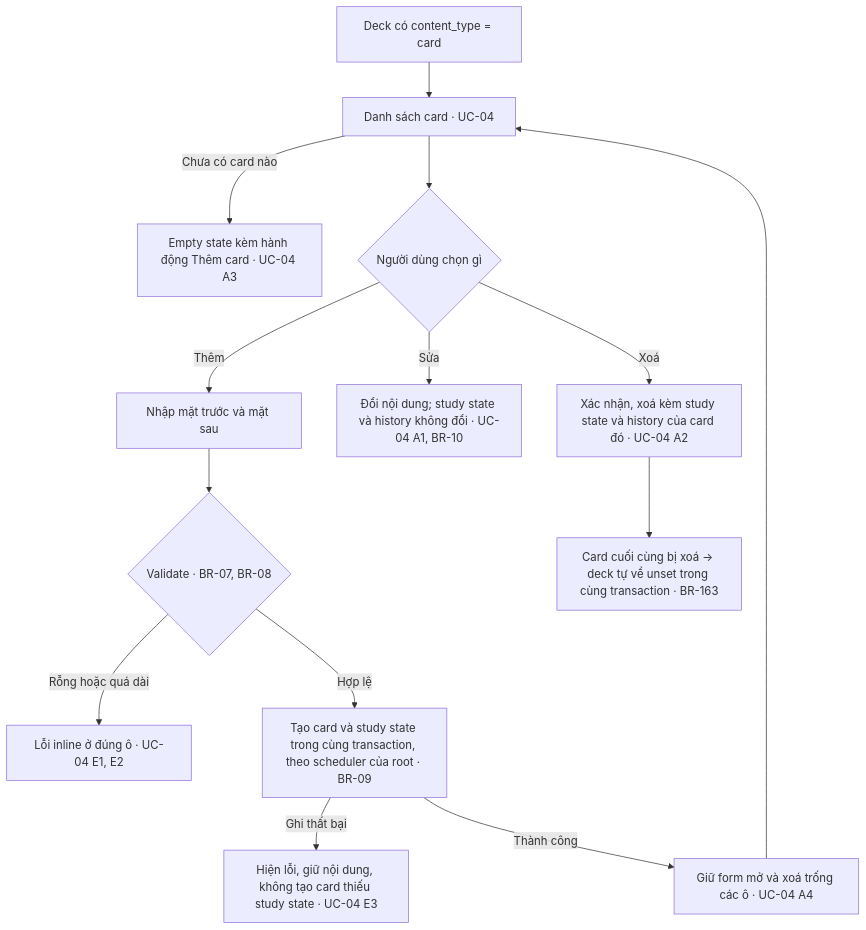
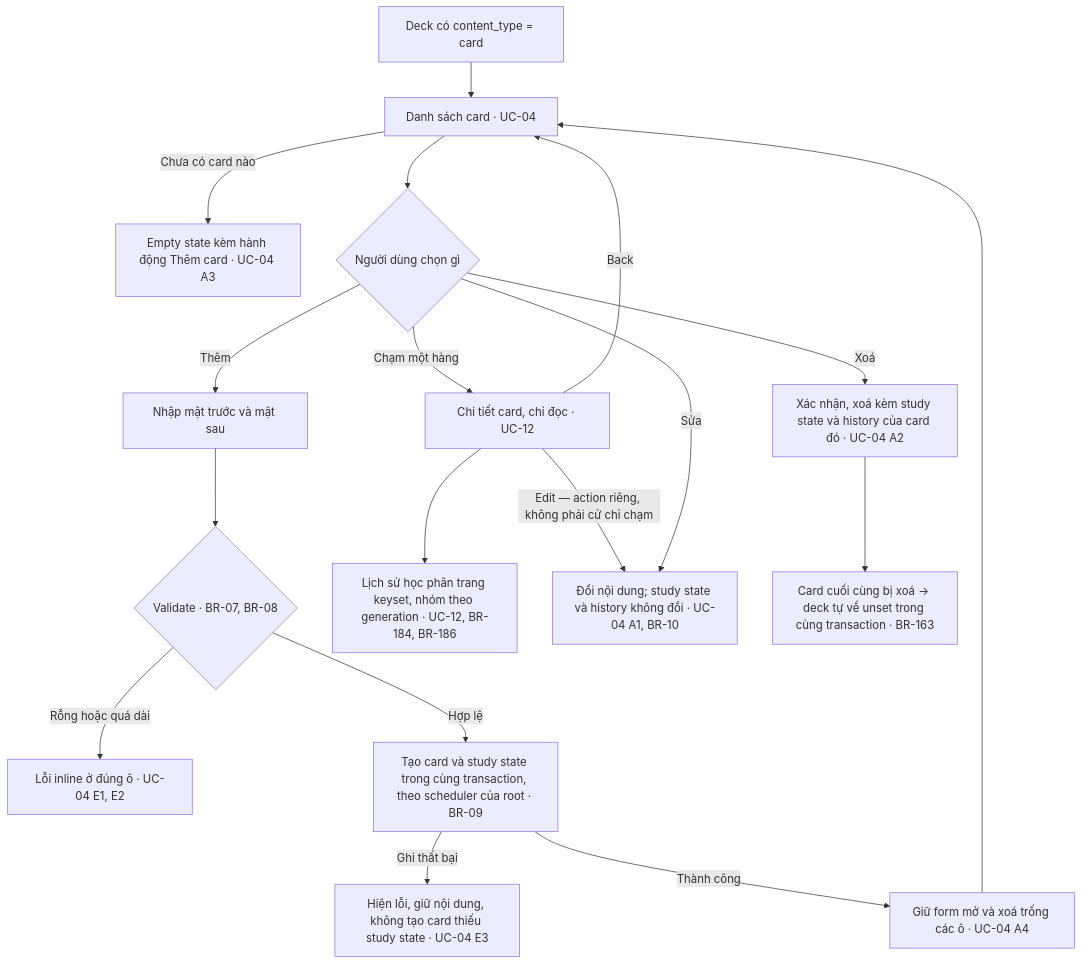
The third of 4 diagrams in docs/master-flow.md (ntgptit/memox-v7), drawn with Mermaid before and after one commit. The commit also changed other lines of this file and 56 other files, not shown here.

````diff
--- a/docs/master-flow.md
+++ b/docs/master-flow.md
@@ -143,19 +143,24 @@
 ```mermaid
 flowchart TD
     A["Deck có content_type = card"] --> B["Danh sách card · UC-04"]
     B -->|"Chưa có card nào"| B1["Empty state kèm hành động Thêm card · UC-04 A3"]
 
     B --> C{"Người dùng chọn gì"}
 
     C -->|"Thêm"| D["Nhập mặt trước và mặt sau"]
     D --> E{"Validate · BR-07, BR-08"}
     E -->|"Rỗng hoặc quá dài"| E1["Lỗi inline ở đúng ô · UC-04 E1, E2"]
     E -->|"Hợp lệ"| F["Tạo card và study state trong cùng transaction, theo scheduler của root · BR-09"]
     F -->|"Ghi thất bại"| F1["Hiện lỗi, giữ nội dung, không tạo card thiếu study state · UC-04 E3"]
     F -->|"Thành công"| G["Giữ form mở và xoá trống các ô · UC-04 A4"]
     G --> B
 
+    C -->|"Chạm một hàng"| J["Chi tiết card, chỉ đọc · UC-12"]
+    J --> J1["Lịch sử học phân trang keyset, nhóm theo generation · UC-12, BR-184, BR-186"]
+    J -->|"Edit — action riêng, không phải cử chỉ chạm"| H
+    J -->|"Back"| B
+
     C -->|"Sửa"| H["Đổi nội dung; study state và history không đổi · UC-04 A1, BR-10"]
     C -->|"Xoá"| I["Xác nhận, xoá kèm study state và history của card đó · UC-04 A2"]
     I --> I1["Card cuối cùng bị xoá → deck tự về unset trong cùng transaction · BR-163"]
 ```
````
